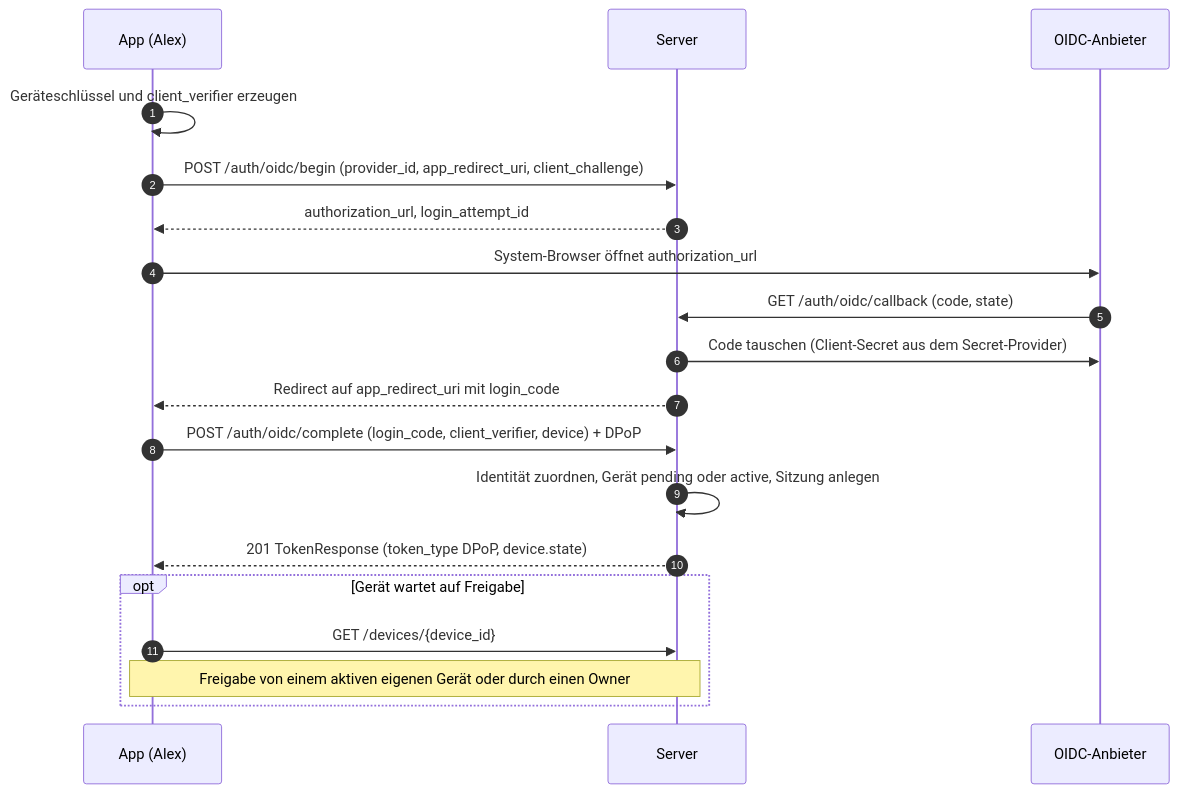
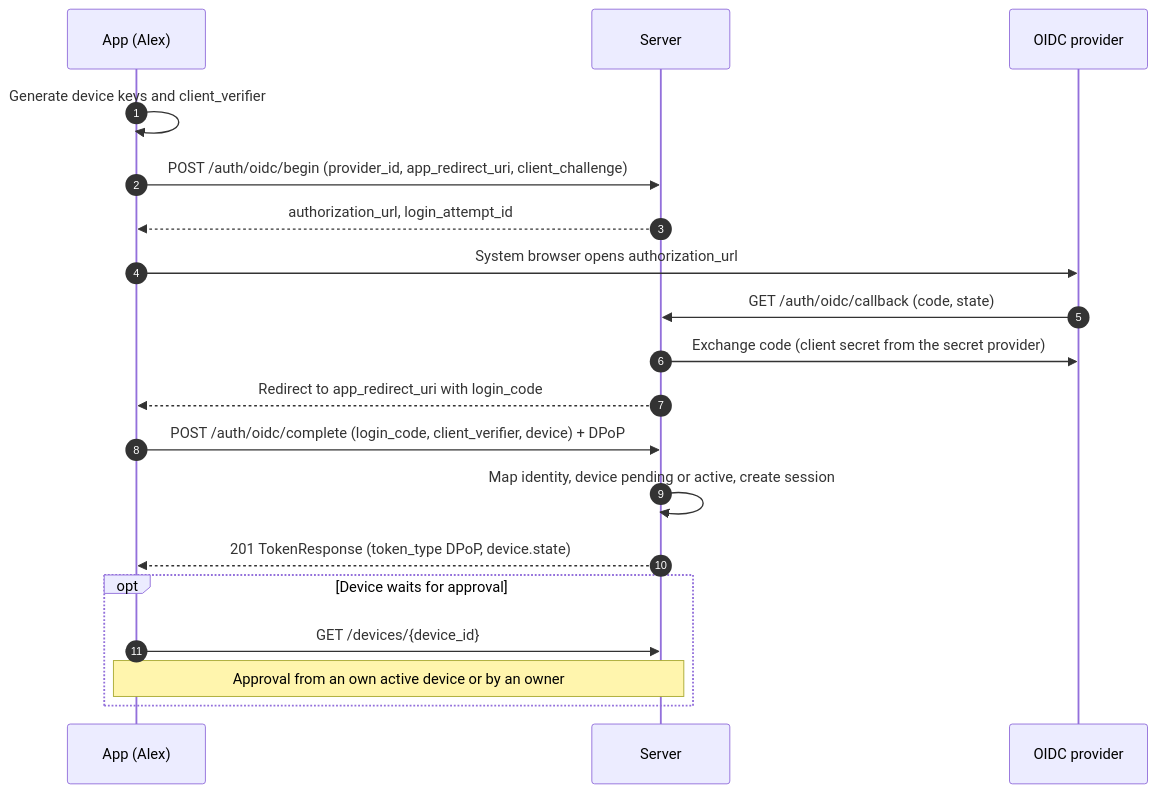
One commit to mguttmann/bothy changed the second of 3 diagrams in docs/spec/06-api.md. Above: the diagram before and after it, drawn with Mermaid. The commit also changed other lines of this file and 73 other files, not shown here.

````diff
--- a/docs/spec/06-api.md
+++ b/docs/spec/06-api.md
@@ -116,21 +116,21 @@
 ```mermaid
 sequenceDiagram
     autonumber
     participant App as App (Alex)
     participant API as Server
-    participant IdP as OIDC-Anbieter
-    App->>App: Geräteschlüssel und client_verifier erzeugen
+    participant IdP as OIDC provider
+    App->>App: Generate device keys and client_verifier
     App->>API: POST /auth/oidc/begin (provider_id, app_redirect_uri, client_challenge)
     API-->>App: authorization_url, login_attempt_id
-    App->>IdP: System-Browser öffnet authorization_url
+    App->>IdP: System browser opens authorization_url
     IdP->>API: GET /auth/oidc/callback (code, state)
-    API->>IdP: Code tauschen (Client-Secret aus dem Secret-Provider)
-    API-->>App: Redirect auf app_redirect_uri mit login_code
+    API->>IdP: Exchange code (client secret from the secret provider)
+    API-->>App: Redirect to app_redirect_uri with login_code
     App->>API: POST /auth/oidc/complete (login_code, client_verifier, device) + DPoP
-    API->>API: Identität zuordnen, Gerät pending oder active, Sitzung anlegen
+    API->>API: Map identity, device pending or active, create session
     API-->>App: 201 TokenResponse (token_type DPoP, device.state)
-    opt Gerät wartet auf Freigabe
+    opt Device waits for approval
         App->>API: GET /devices/{device_id}
-        Note over App,API: Freigabe von einem aktiven eigenen Gerät oder durch einen Owner
+        Note over App,API: Approval from an own active device or by an owner
     end
 ```
````
